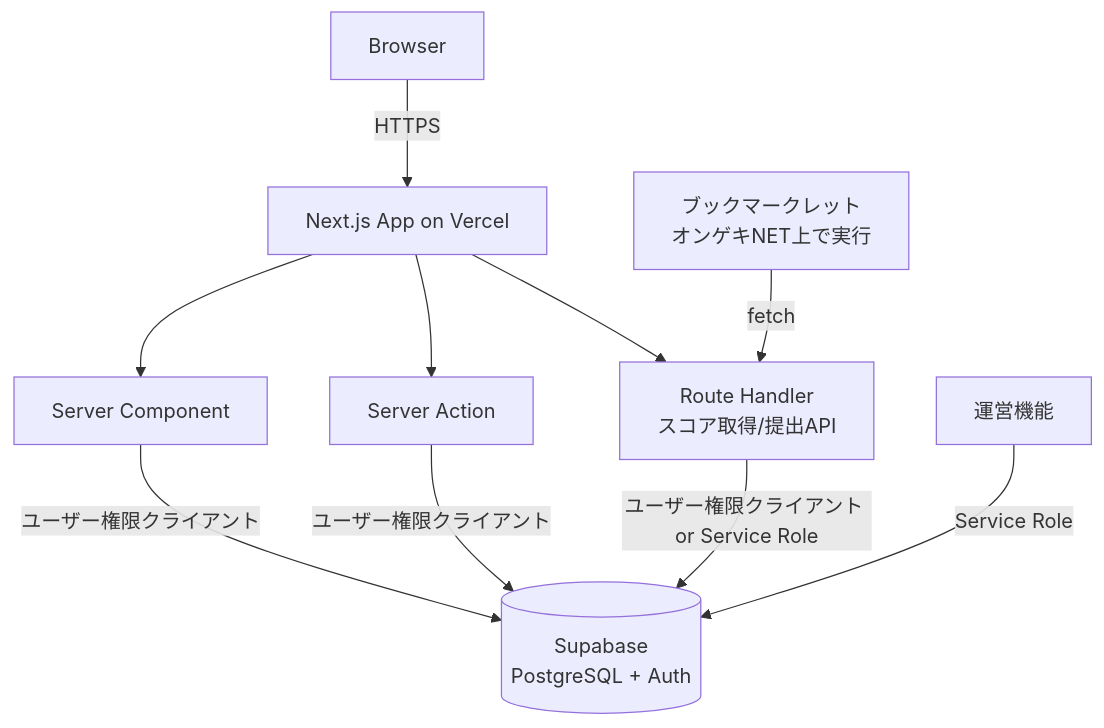
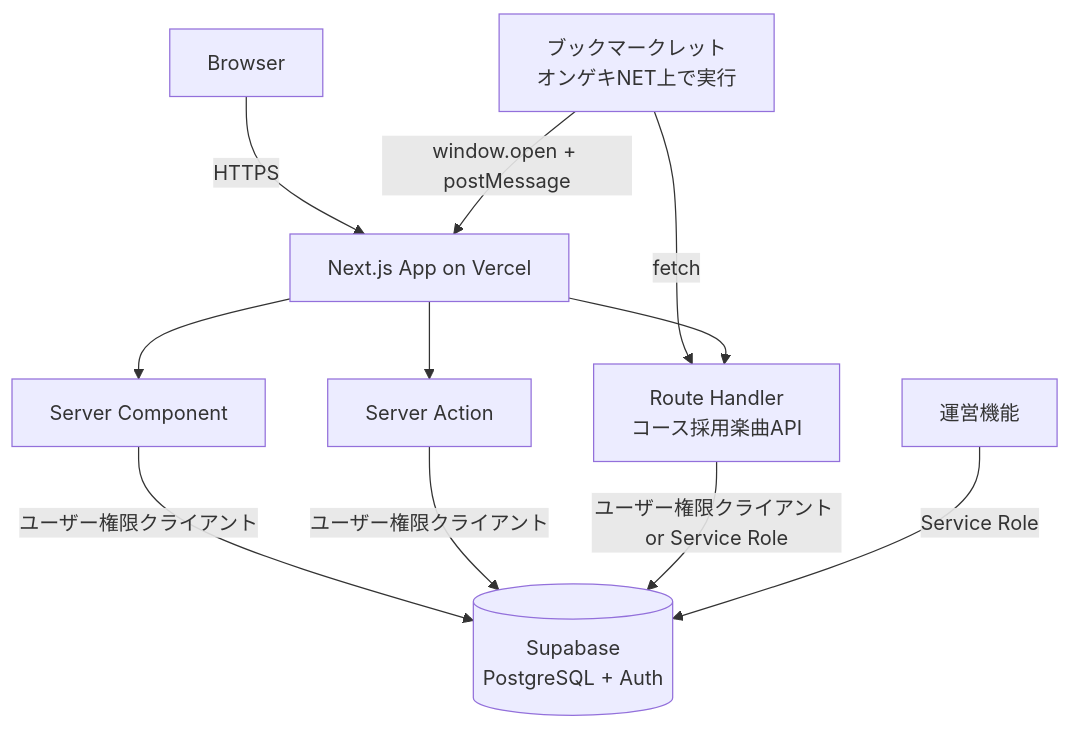
One commit to Awes0314/geki-arena changed the diagram in prj_docs/design/architecture.md. Above: the diagram before and after it, drawn with Mermaid. The commit also changed other lines of this file and 34 other files, not shown here.

````diff
--- a/prj_docs/design/architecture.md
+++ b/prj_docs/design/architecture.md
@@ -4,12 +4,13 @@
 ```mermaid
 graph TD
     Client[Browser] -->|HTTPS| NextApp[Next.js App on Vercel]
-    Bookmarklet[ブックマークレット<br/>オンゲキNET上で実行] -->|fetch| RouteHandler[Route Handler<br/>スコア取得/提出API]
+    Bookmarklet[ブックマークレット<br/>オンゲキNET上で実行] -->|fetch| RouteHandler[Route Handler<br/>コース採用楽曲API]
+    Bookmarklet -->|window.open + postMessage| NextApp
     NextApp --> ServerComponent[Server Component]
     NextApp --> ServerAction[Server Action]
     NextApp --> RouteHandler
     ServerComponent -->|ユーザー権限クライアント| Supabase[(Supabase<br/>PostgreSQL + Auth)]
     ServerAction -->|ユーザー権限クライアント| Supabase
     RouteHandler -->|ユーザー権限クライアント or Service Role| Supabase
     Admin[運営機能] -->|Service Role| Supabase
 ```
````
